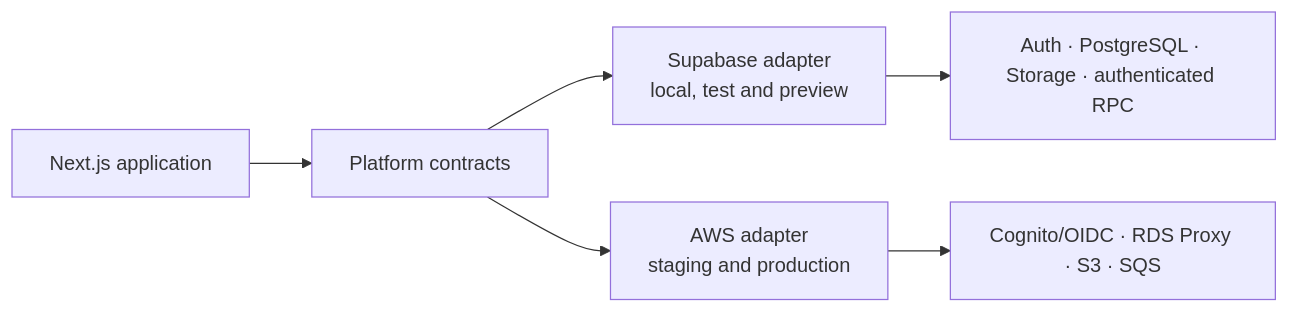
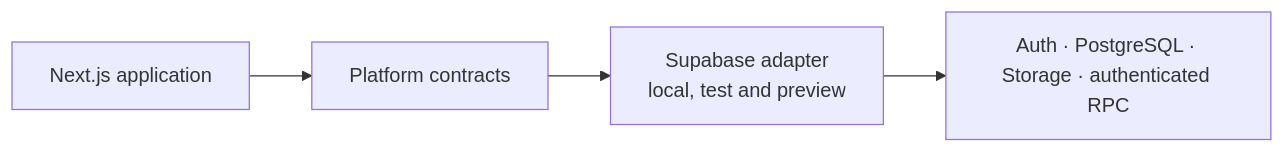
One commit to pablo-marchina/LMS-estimulo changed the diagram in README.md. Above: the diagram before and after it, drawn with Mermaid. The commit also changed other lines of this file, not shown here.

Commit message:
docs: remove AWS references from README

````diff
--- a/README.md
+++ b/README.md
@@ -56,10 +55,6 @@
 ```mermaid
 flowchart LR
     WEB["Next.js application"] --> PLATFORM["Platform contracts"]
-
     PLATFORM --> SUPABASE["Supabase adapter<br/>local, test and preview"]
     SUPABASE --> SUPA_SERVICES["Auth · PostgreSQL · Storage · authenticated RPC"]
-
-    PLATFORM --> AWS["AWS adapter<br/>staging and production"]
-    AWS --> AWS_SERVICES["Cognito/OIDC · RDS Proxy · S3 · SQS"]
 ```
````
